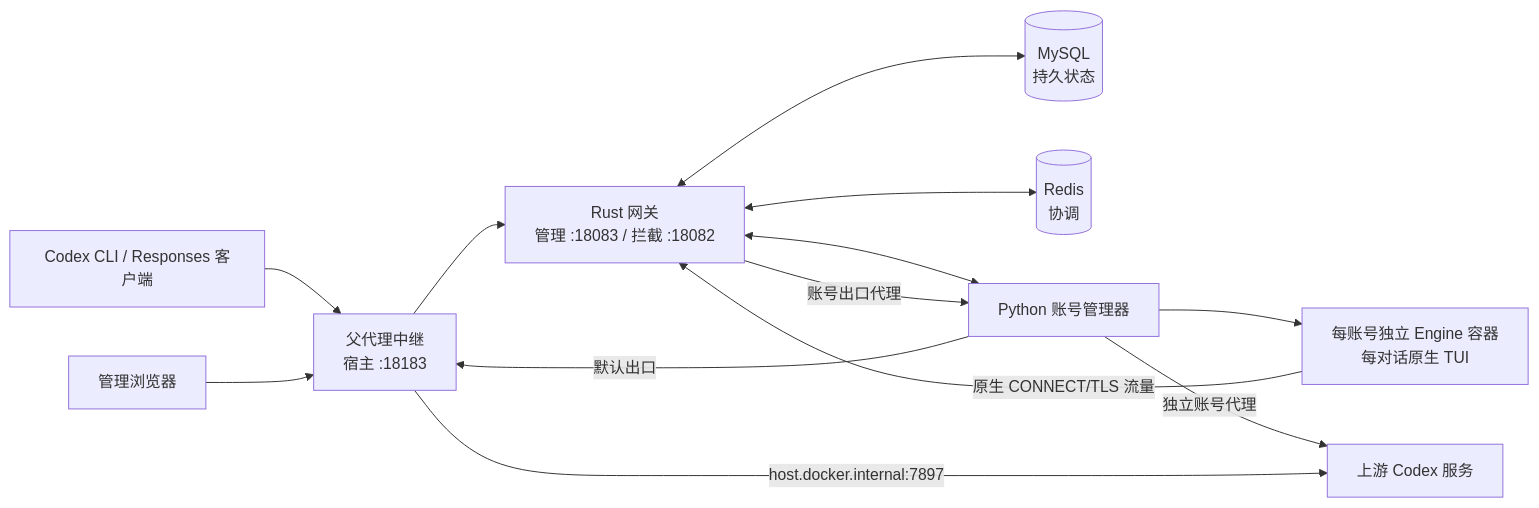
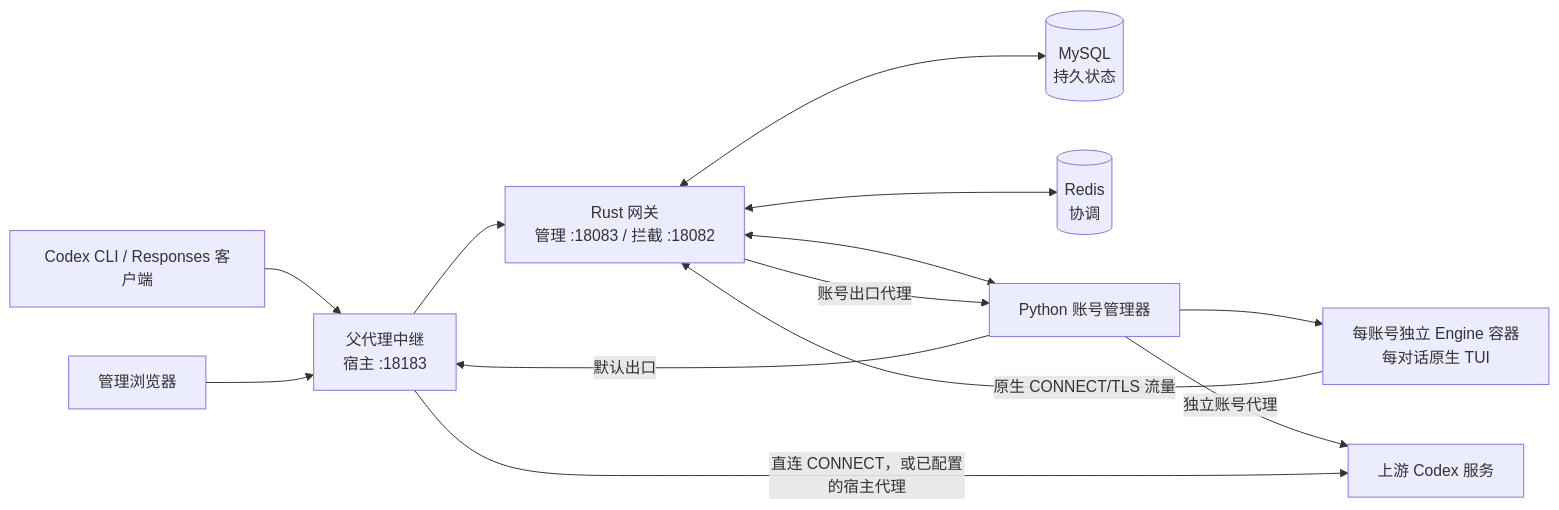
One commit to 1198722360/codex-engine changed the diagram in README.zh-CN.md. Above: the diagram before and after it, drawn with Mermaid. The commit also changed other lines of this file and 3 other files, not shown here.

````diff
--- a/README.zh-CN.md
+++ b/README.zh-CN.md
@@ -11,15 +11,15 @@
 ```mermaid
 flowchart LR
     client["Codex CLI / Responses 客户端"] --> relay["父代理中继<br/>宿主 :18183"]
     browser["管理浏览器"] --> relay
     relay --> gateway["Rust 网关<br/>管理 :18083 / 拦截 :18082"]
     gateway <--> mysql[(MySQL<br/>持久状态)]
     gateway <--> redis[(Redis<br/>协调)]
     gateway <--> manager["Python 账号管理器"]
     manager --> engines["每账号独立 Engine 容器<br/>每对话原生 TUI"]
     engines -->|原生 CONNECT/TLS 流量| gateway
     gateway -->|账号出口代理| manager
     manager -->|独立账号代理| upstream["上游 Codex 服务"]
     manager -->|默认出口| relay
-    relay -->|host.docker.internal:7897| upstream
+    relay -->|直连 CONNECT，或已配置的宿主代理| upstream
 ```
````
